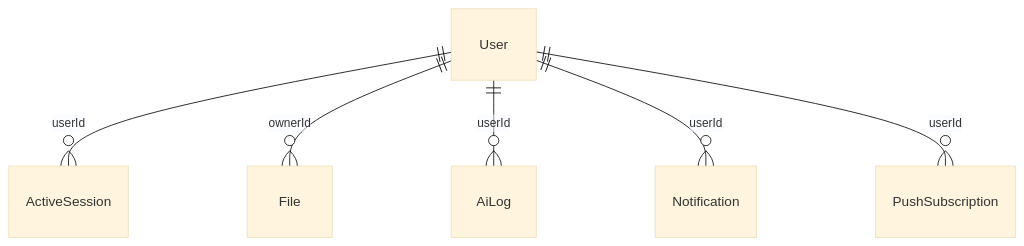
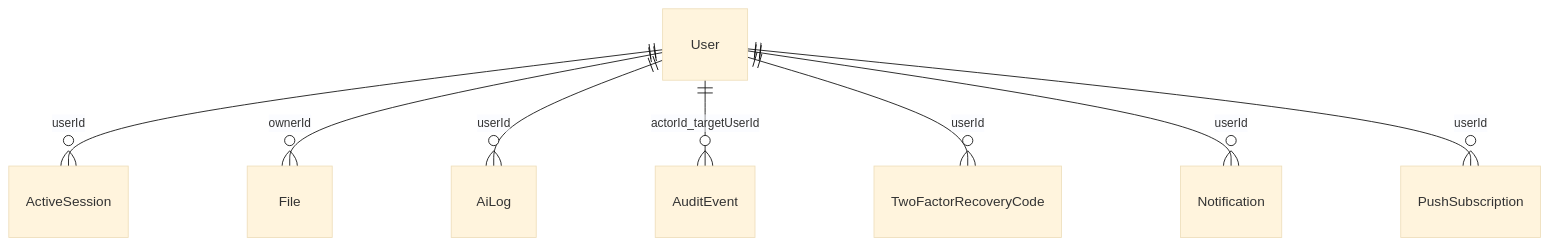
Before and after one commit to CaioGiasson/boilerplate-webapp: the diagram in CONTEXT-ENTITIES.md, drawn with Mermaid (base theme). The commit also changed other lines of this file and 195 other files, not shown here.

````diff
--- a/CONTEXT-ENTITIES.md
+++ b/CONTEXT-ENTITIES.md
@@ -11,8 +11,10 @@
 ```mermaid
 erDiagram
   User ||--o{ ActiveSession : userId
   User ||--o{ File : ownerId
   User ||--o{ AiLog : userId
+  User ||--o{ AuditEvent : actorId_targetUserId
+  User ||--o{ TwoFactorRecoveryCode : userId
   User ||--o{ Notification : userId
   User ||--o{ PushSubscription : userId
 ```
````
